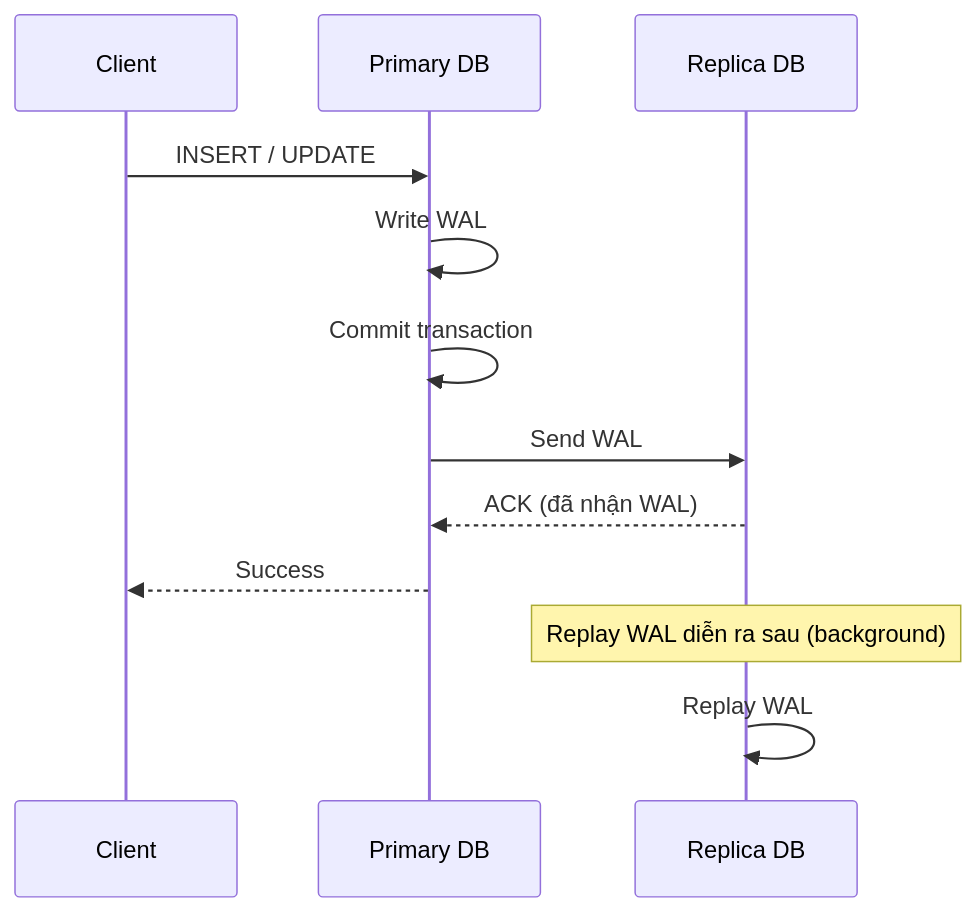
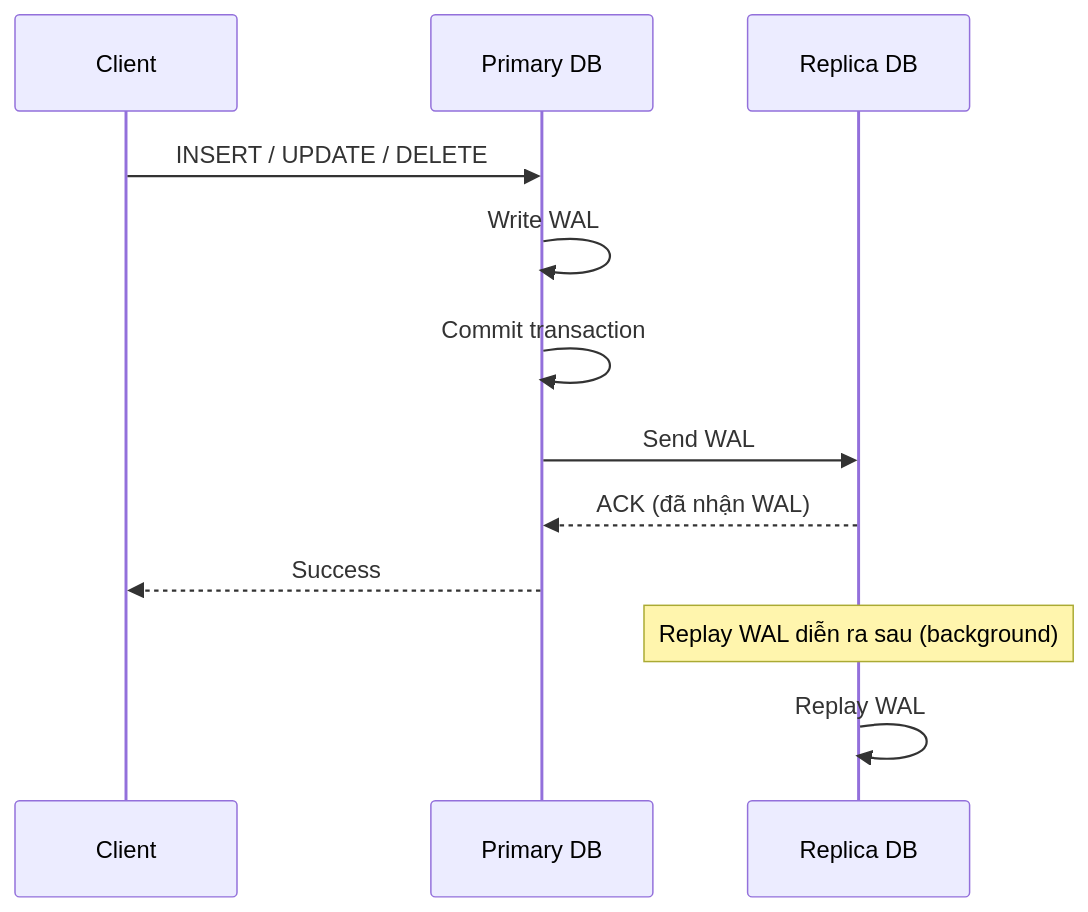
Before and after one commit to hqyuh/letgogobi: the diagram in docs/semi-replication.md, drawn with Mermaid. The commit also changed other lines of this file and 12 other files, not shown here.

````diff
--- a/docs/semi-replication.md
+++ b/docs/semi-replication.md
@@ -7,16 +7,16 @@
 ```mermaid
 sequenceDiagram
     participant C as Client
     participant P as Primary DB
     participant R as Replica DB
 
-    C->>P: INSERT / UPDATE
+    C->>P: INSERT / UPDATE / DELETE
     P->>P: Write WAL
     P->>P: Commit transaction
     P->>R: Send WAL
     R-->>P: ACK (đã nhận WAL)
     P-->>C: Success
 
     Note over R: Replay WAL diễn ra sau (background)
     R->>R: Replay WAL
 ```
````
